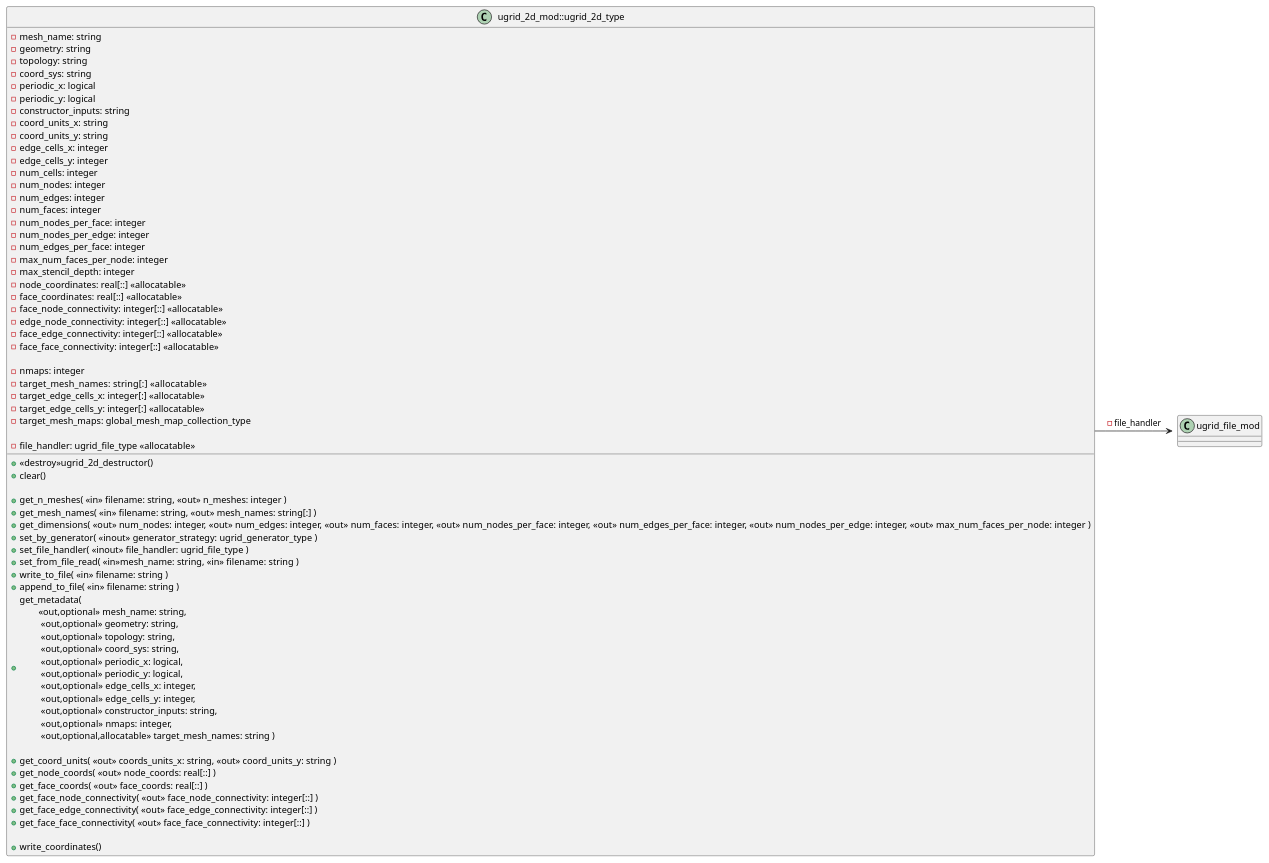
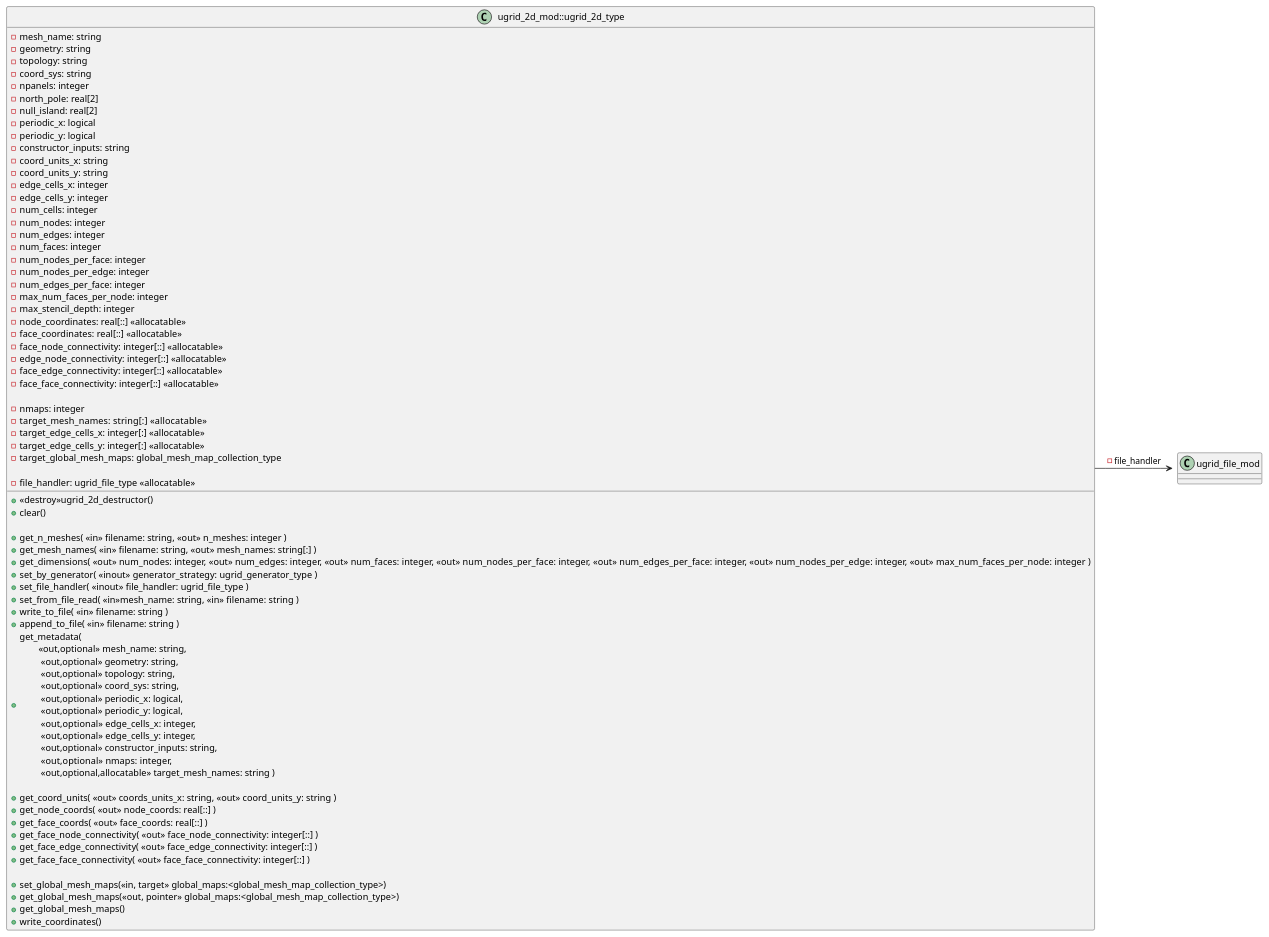
Before and after one commit to MetBenjaminWent/lfric_core: the diagram in infrastructure/documentation/uml/io/ugrid_2d_mod.iuml, drawn with PlantUML. The commit also changed 28 other files, not shown here.

Commit message:
ticket:3397 for RickyW: Populate global meshes with mesh maps.

```diff
--- a/infrastructure/documentation/uml/io/ugrid_2d_mod.iuml
+++ b/infrastructure/documentation/uml/io/ugrid_2d_mod.iuml
@@ -1,67 +1,75 @@
 ' Copyright (c) 2017,  Met Office, on behalf of HMSO and Queen's Printer
 ' For further details please refer to the file LICENCE.original which you
 ' should have received as part of this distribution.
 
 class ugrid_2d_mod::ugrid_2d_type {
 
   -mesh_name: string
   -geometry: string
   -topology: string
   -coord_sys: string
+  -npanels: integer
+  -north_pole: real[2]
+  -null_island: real[2]
   -periodic_x: logical
   -periodic_y: logical
   -constructor_inputs: string
   -coord_units_x: string
   -coord_units_y: string
   -edge_cells_x: integer
   -edge_cells_y: integer
   -num_cells: integer
   -num_nodes: integer
   -num_edges: integer
   -num_faces: integer
   -num_nodes_per_face: integer
   -num_nodes_per_edge: integer
   -num_edges_per_face: integer
   -max_num_faces_per_node: integer
   -max_stencil_depth: integer
   -node_coordinates: real[::] <<allocatable>>
   -face_coordinates: real[::] <<allocatable>>
   -face_node_connectivity: integer[::] <<allocatable>>
   -edge_node_connectivity: integer[::] <<allocatable>>
   -face_edge_connectivity: integer[::] <<allocatable>>
   -face_face_connectivity: integer[::] <<allocatable>>
 
   -nmaps: integer
   -target_mesh_names:   string[:] <<allocatable>>
   -target_edge_cells_x: integer[:] <<allocatable>>
   -target_edge_cells_y: integer[:] <<allocatable>>
-  -target_mesh_maps: global_mesh_map_collection_type
+  -target_global_mesh_maps: global_mesh_map_collection_type
 
   -file_handler: ugrid_file_type <<allocatable>>
 
 
   +<<destroy>>ugrid_2d_destructor()
   +clear()
 
   +get_n_meshes( <<in>> filename: string, <<out>> n_meshes: integer )
   +get_mesh_names( <<in>> filename: string, <<out>> mesh_names: string[:] )
   +get_dimensions( <<out>> num_nodes: integer, <<out>> num_edges: integer, <<out>> num_faces: integer, <<out>> num_nodes_per_face: integer, <<out>> num_edges_per_face: integer, <<out>> num_nodes_per_edge: integer, <<out>> max_num_faces_per_node: integer )
   +set_by_generator( <<inout>> generator_strategy: ugrid_generator_type )
   +set_file_handler( <<inout>> file_handler: ugrid_file_type )
   +set_from_file_read( <<in>>mesh_name: string, <<in>> filename: string )
   +write_to_file( <<in>> filename: string )
   +append_to_file( <<in>> filename: string )
   +get_metadata(\n\t<<out,optional>> mesh_name: string,\n\t <<out,optional>> geometry: string,\n\t <<out,optional>> topology: string,\n\t <<out,optional>> coord_sys: string,\n\t <<out,optional>> periodic_x: logical,\n\t <<out,optional>> periodic_y: logical,\n\t <<out,optional>> edge_cells_x: integer,\n\t <<out,optional>> edge_cells_y: integer,\n\t <<out,optional>> constructor_inputs: string,\n\t <<out,optional>> nmaps: integer,\n\t <<out,optional,allocatable>> target_mesh_names: string )
 
   +get_coord_units( <<out>> coords_units_x: string, <<out>> coord_units_y: string )
   +get_node_coords( <<out>> node_coords: real[::] )
   +get_face_coords( <<out>> face_coords: real[::] )
   +get_face_node_connectivity( <<out>> face_node_connectivity: integer[::] )
   +get_face_edge_connectivity( <<out>> face_edge_connectivity: integer[::] )
   +get_face_face_connectivity( <<out>> face_face_connectivity: integer[::] )
 
+  +set_global_mesh_maps(<<in, target>> global_maps:<global_mesh_map_collection_type>)
+  +get_global_mesh_maps(<<out, pointer>> global_maps:<global_mesh_map_collection_type>)
+  +get_global_mesh_maps()
+
+
   +write_coordinates()
 
 }
 
 ugrid_2d_mod::ugrid_2d_type -> ugrid_file_mod::ugrid_file_type : -file_handler
```
